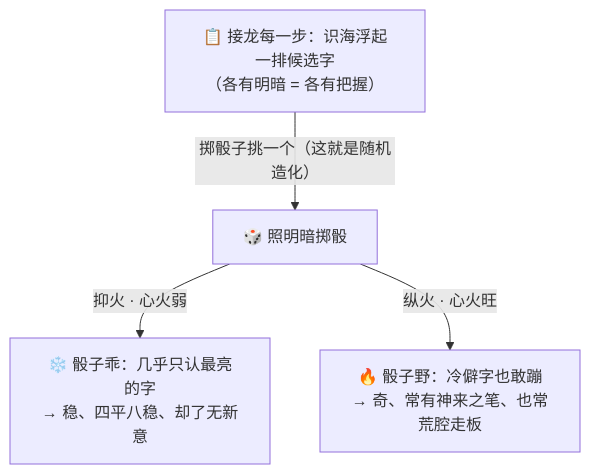
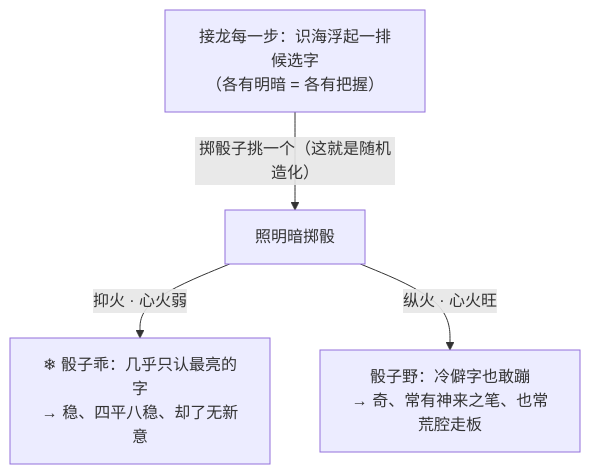
The second of 3 diagrams in docs/09_STORY_修仙学AI/STORY-番外/[STORY-番外-114] 番外15·火候心诀·随机造化.md (luckykhy/KhyAiHub), drawn with Mermaid before and after one commit. The commit also changed other lines of this file and 19 other files, not shown here.

````diff
--- a/docs/09_STORY_修仙学AI/STORY-番外/[STORY-番外-114] 番外15·火候心诀·随机造化.md
+++ b/docs/09_STORY_修仙学AI/STORY-番外/[STORY-番外-114] 番外15·火候心诀·随机造化.md
@@ -72,7 +72,7 @@
 ```mermaid
 flowchart TB
-  LIST["📋 接龙每一步：识海浮起一排候选字<br/>（各有明暗 = 各有把握）"]
-  LIST -->|"掷骰子挑一个（这就是随机造化）"| DICE["🎲 照明暗掷骰"]
-  DICE -->|"抑火 · 心火弱"| LOW["❄️ 骰子乖：几乎只认最亮的字<br/>→ 稳、四平八稳、却了无新意"]
-  DICE -->|"纵火 · 心火旺"| HIGH["🔥 骰子野：冷僻字也敢蹦<br/>→ 奇、常有神来之笔、也常荒腔走板"]
+  LIST["接龙每一步：识海浮起一排候选字<br/>（各有明暗 = 各有把握）"]
+  LIST -->|"掷骰子挑一个（这就是随机造化）"| DICE["照明暗掷骰"]
+  DICE -->|"抑火 · 心火弱"| LOW["❄ 骰子乖：几乎只认最亮的字<br/>→ 稳、四平八稳、却了无新意"]
+  DICE -->|"纵火 · 心火旺"| HIGH["骰子野：冷僻字也敢蹦<br/>→ 奇、常有神来之笔、也常荒腔走板"]
 ```
````
